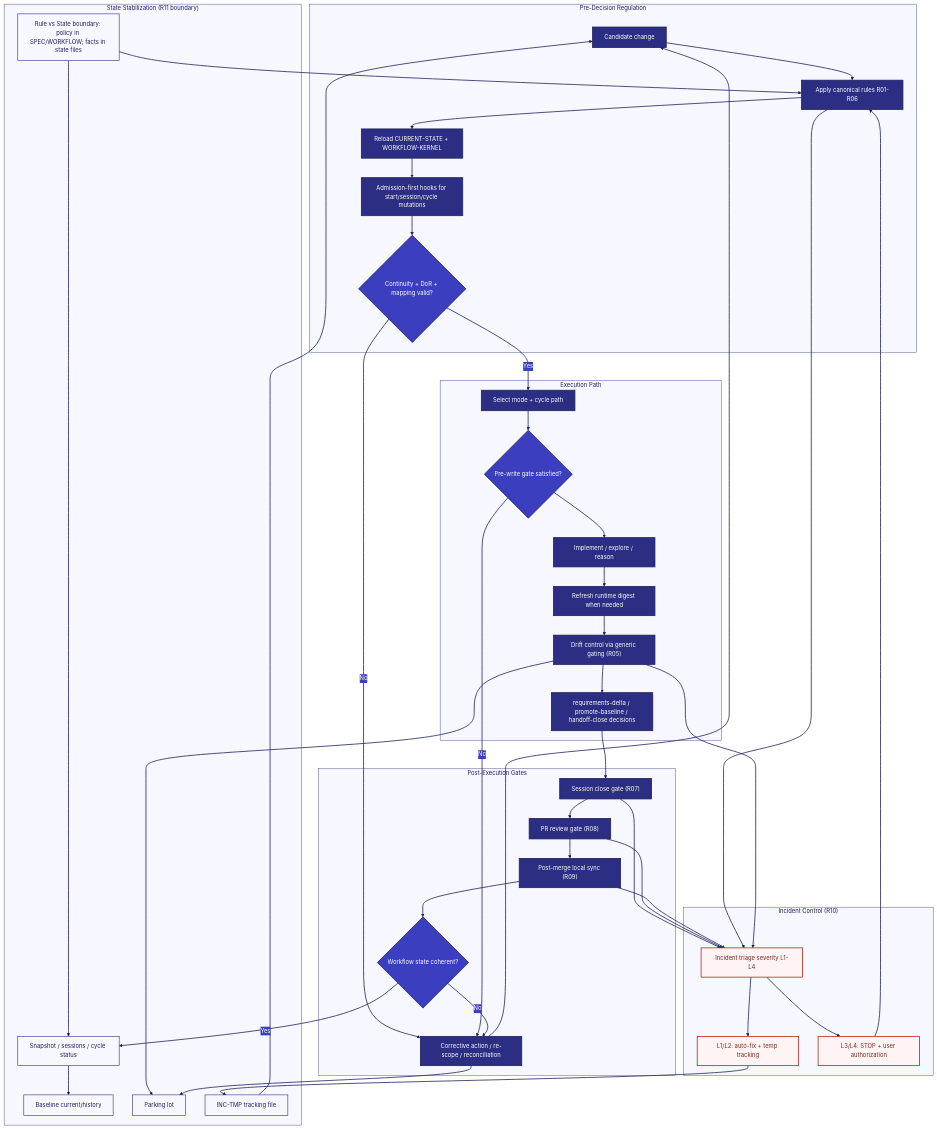
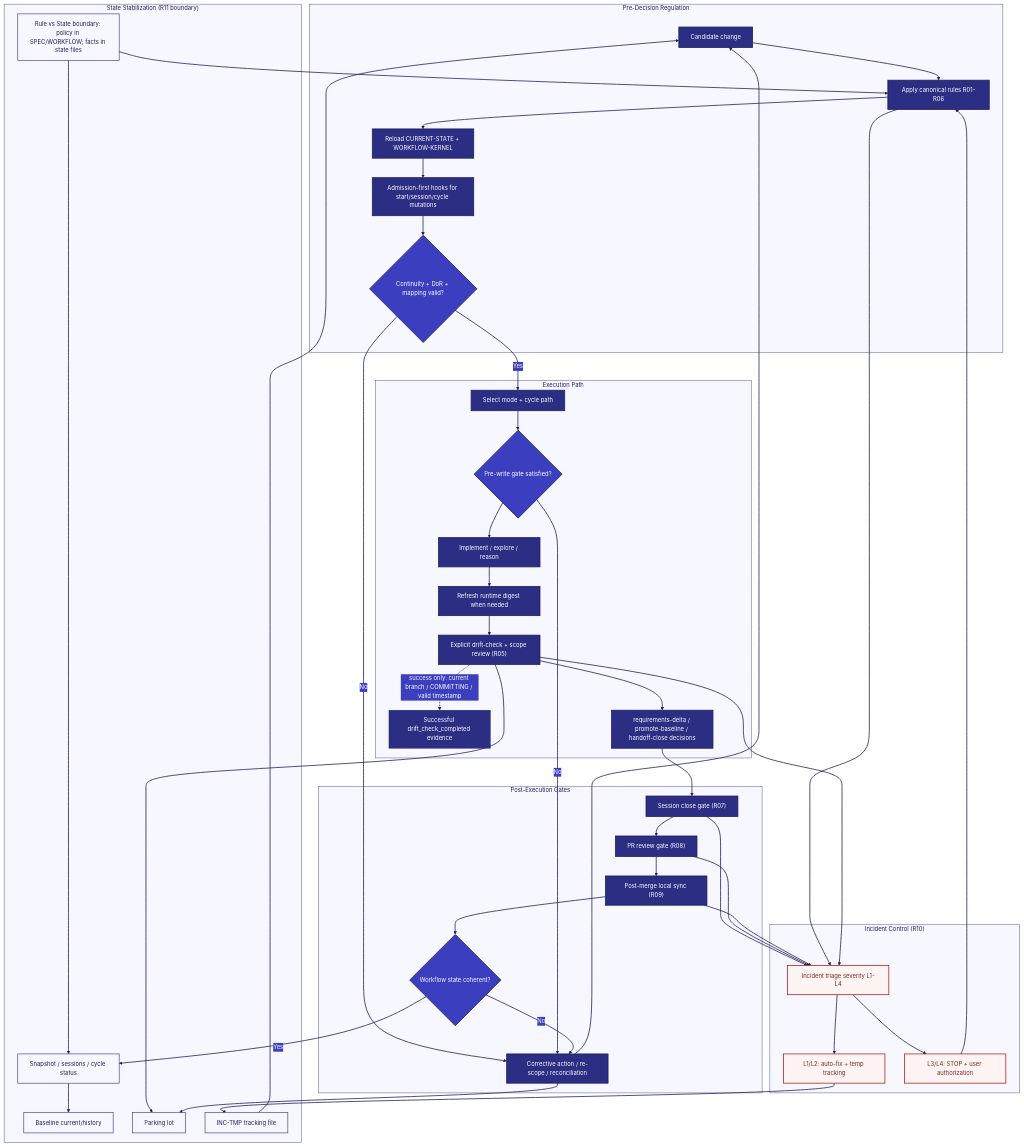
Before and after one commit to leuzeus/aidn: the diagram in docs/diagrams/04-entropy-regulation-control-loop.md, drawn with Mermaid. The commit also changed other lines of this file and 30 other files, not shown here.

Commit message:
docs: align global lifecycle and explicit drift completion evidence

```diff
--- a/docs/diagrams/04-entropy-regulation-control-loop.md
+++ b/docs/diagrams/04-entropy-regulation-control-loop.md
@@ -31,7 +31,8 @@
     PWRITE{"Pre-write gate satisfied?"}
     IMP["Implement / explore / reason"]
     RT["Refresh runtime digest when needed"]
-    DRIFT["Drift control via generic gating (R05)"]
+    DRIFT["Explicit drift-check + scope review (R05)"]
+    PROOF["Successful drift_check_completed evidence"]
     MUT["requirements-delta / promote-baseline / handoff-close decisions"]
   end
 
@@ -65,6 +66,7 @@
   G2 -->|Yes| SNAP --> BASE
 
   DRIFT --> PARK
+  DRIFT -. success only: current branch / COMMITTING / valid timestamp .-> PROOF
   FIX --> PARK
   RULES --> TRIAGE
   DRIFT --> TRIAGE
```
